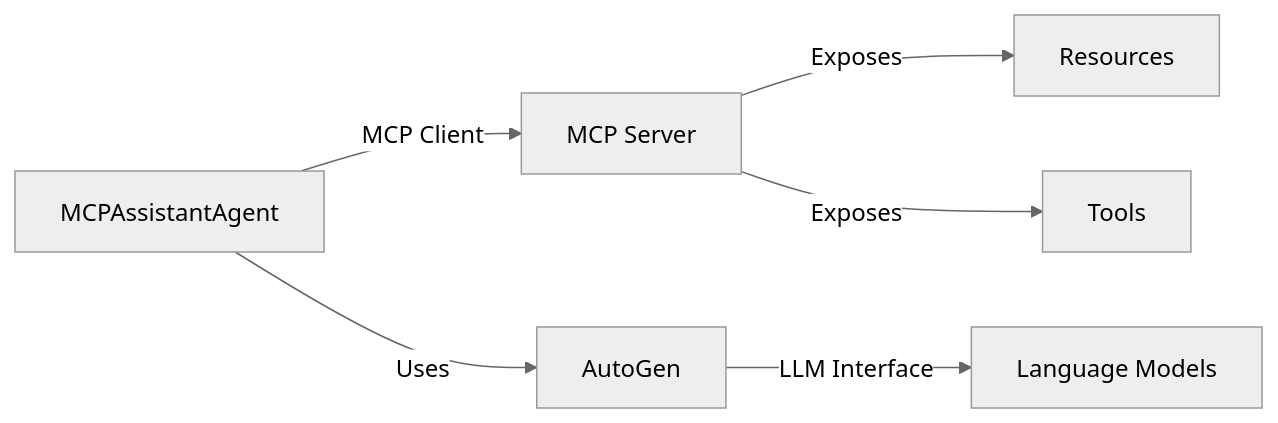
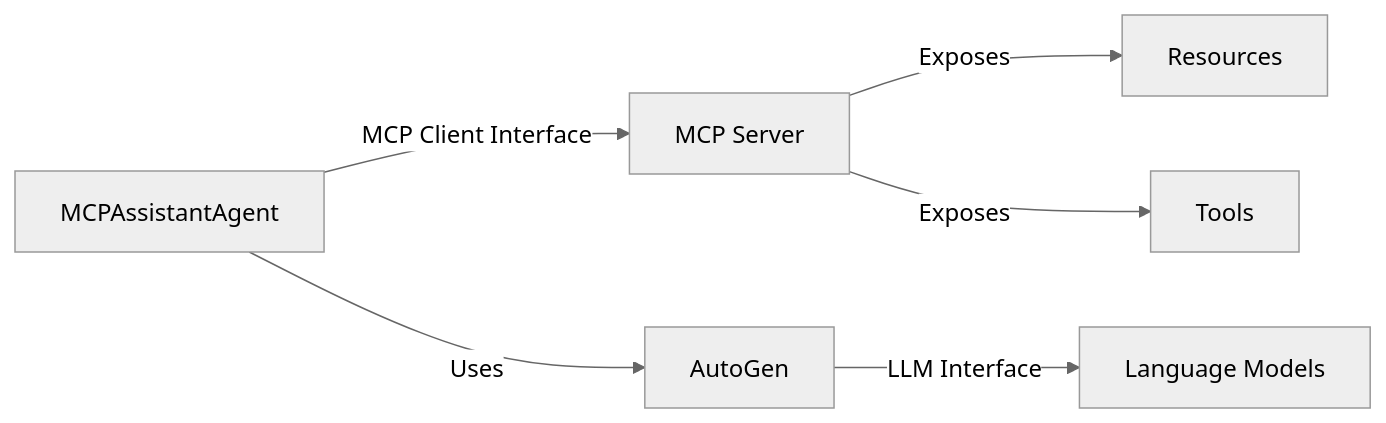
Before and after one commit to jtanningbed/mcp-ag2-example: the diagram in README.md, drawn with Mermaid (neutral theme). The commit also changed other lines of this file, not shown here.

````diff
--- a/README.md
+++ b/README.md
@@ -93,8 +81,8 @@
 ```mermaid
 graph LR
-    A[MCPAssistantAgent] -->|MCP Client| B[MCP Server]
+    A[MCPAssistantAgent] -->|MCP Client Interface| B[MCP Server]
     B -->|Exposes| C[Resources]
     B -->|Exposes| D[Tools]
     A -->|Uses| E[AutoGen]
     E -->|LLM Interface| F[Language Models]
 ```
````
